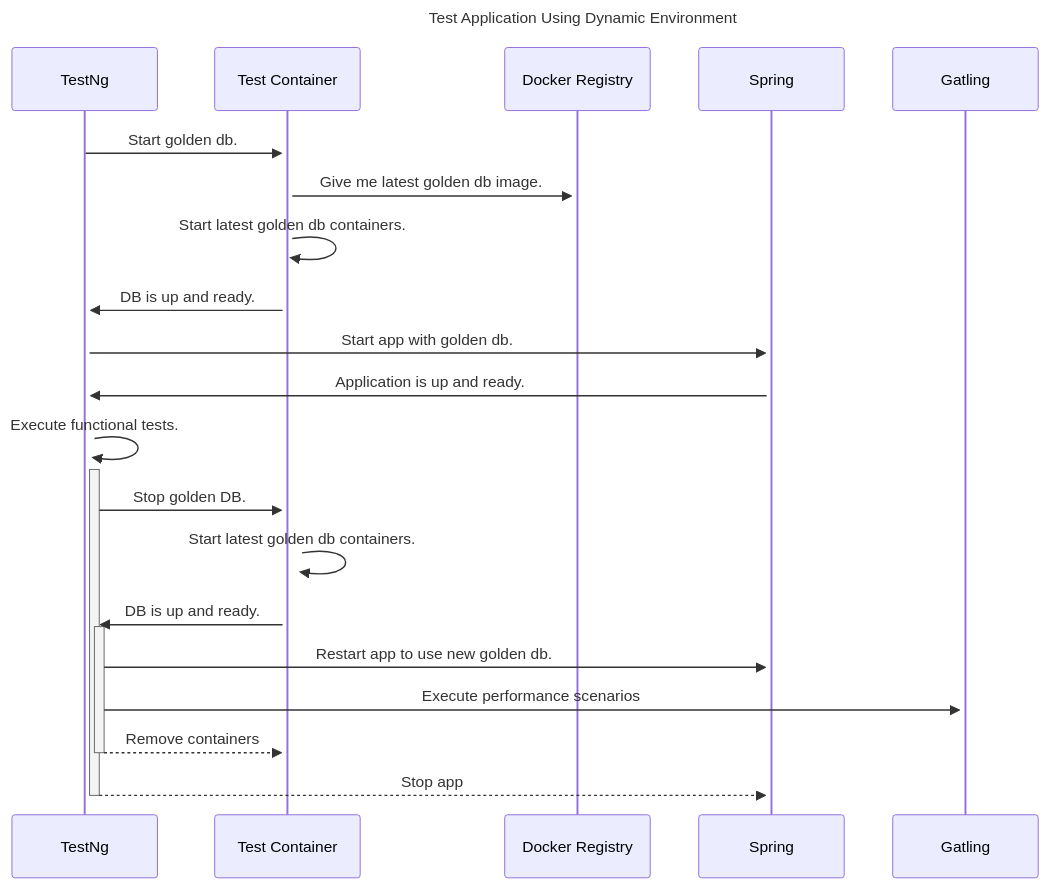
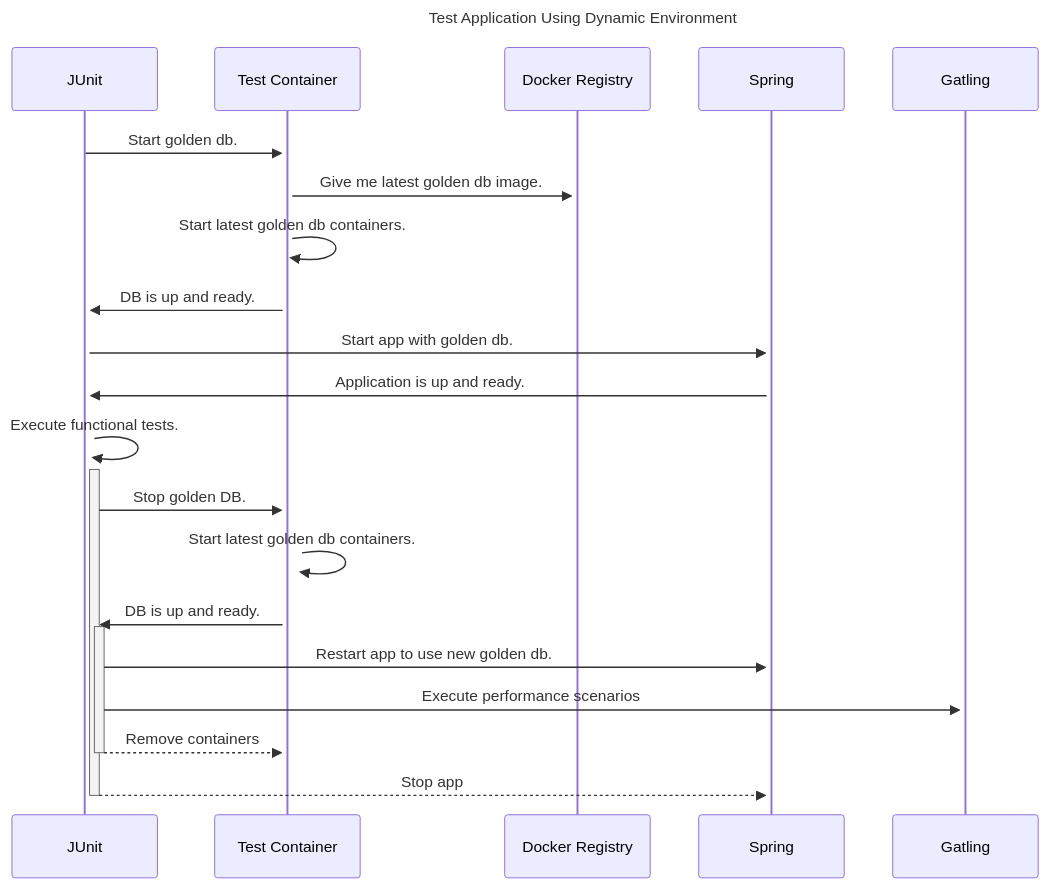
The diagram in README.md (catools2/athena), drawn with Mermaid before and after one commit. The commit also changed other lines of this file and 536 other files, not shown here.

````diff
--- a/README.md
+++ b/README.md
@@ -33,18 +38,18 @@
 ```mermaid
 sequenceDiagram
     title Test Application Using Dynamic Environment
-    TestNg ->>+ Test Container: Start golden db.
+    JUnit ->>+ Test Container: Start golden db.
     Test Container ->>+ Docker Registry: Give me latest golden db image.
     Test Container ->>+ Test Container: Start latest golden db containers.
-    Test Container ->>+ TestNg: DB is up and ready.
-    TestNg ->>+ Spring: Start app with golden db.
-    Spring ->>+ TestNg: Application is up and ready.
-    TestNg ->>+ TestNg: Execute functional tests.
-    TestNg ->>+ Test Container: Stop golden DB.
+    Test Container ->>+ JUnit: DB is up and ready.
+    JUnit ->>+ Spring: Start app with golden db.
+    Spring ->>+ JUnit: Application is up and ready.
+    JUnit ->>+ JUnit: Execute functional tests.
+    JUnit ->>+ Test Container: Stop golden DB.
     Test Container ->>+ Test Container: Start latest golden db containers.
-    Test Container ->>+ TestNg: DB is up and ready.
-    TestNg ->>+ Spring: Restart app to use new golden db.
-    TestNg ->>+ Gatling: Execute performance scenarios
-    TestNg -->>- Test Container: Remove containers
-    TestNg -->>- Spring: Stop app
+    Test Container ->>+ JUnit: DB is up and ready.
+    JUnit ->>+ Spring: Restart app to use new golden db.
+    JUnit ->>+ Gatling: Execute performance scenarios
+    JUnit -->>- Test Container: Remove containers
+    JUnit -->>- Spring: Stop app
 ```
````
